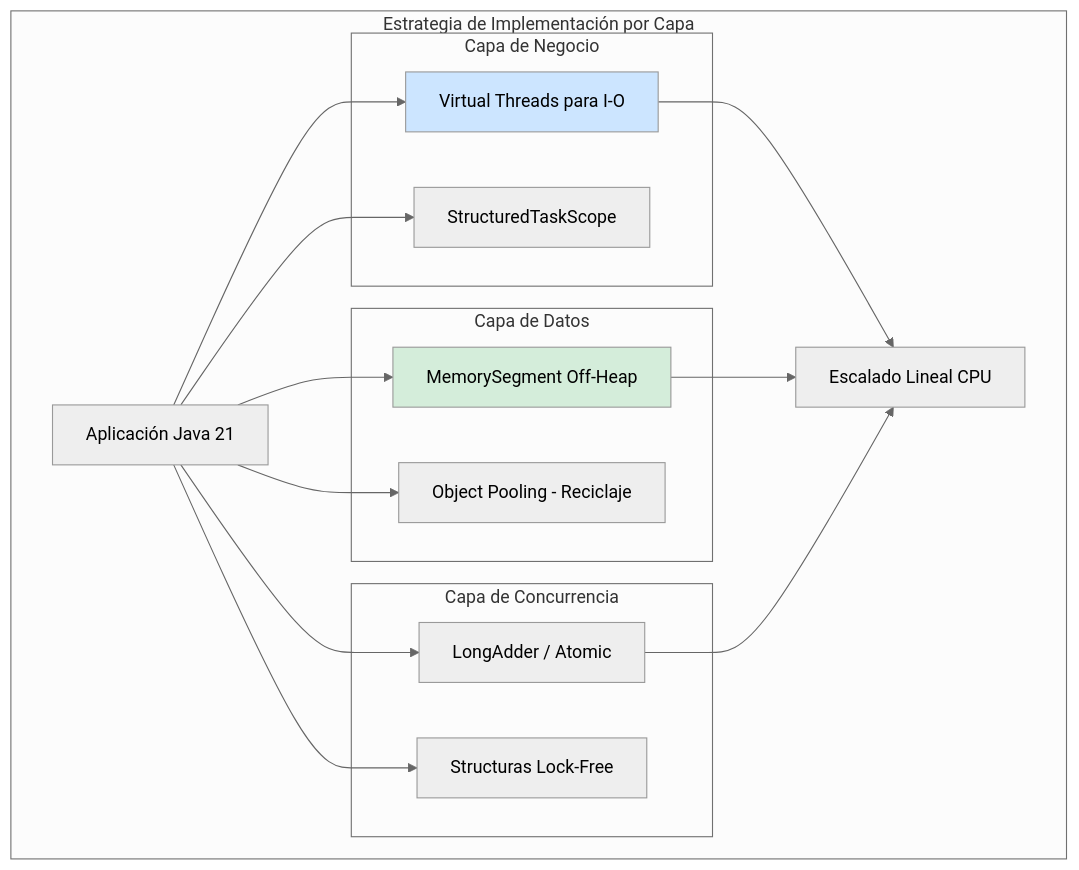
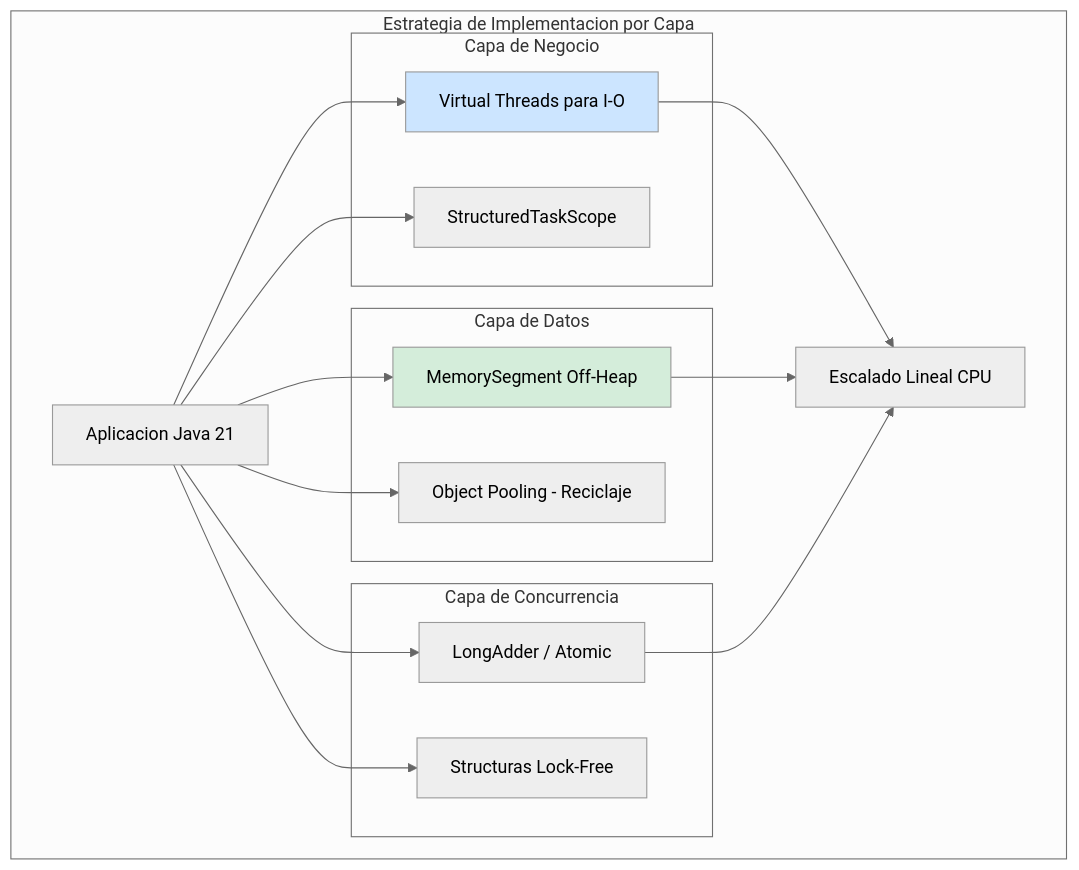
Before and after one commit to Joaquinriosheredia/DAM-Java-Mastery: the third of 5 diagrams in 01_Java_Core/optimizacion_de_latencia_en_aplicaciones_java_de_baja_latencia_STAFF.md, drawn with Mermaid (neutral theme). The commit also changed other lines of this file, not shown here.

Commit message:
optimizacion_de_latencia_en_aplicaciones_java_de_baja_latencia_STAFF.md

````diff
--- a/01_Java_Core/optimizacion_de_latencia_en_aplicaciones_java_de_baja_latencia_STAFF.md
+++ b/01_Java_Core/optimizacion_de_latencia_en_aplicaciones_java_de_baja_latencia_STAFF.md
@@ -255,35 +310,35 @@
 ```mermaid
 graph TD
-    subgraph "Estrategia de Implementación por Capa"
-        APP[Aplicación Java 21]
+    subgraph "Estrategia de Implementacion por Capa"
+        APP[Aplicacion Java 21]
         
         subgraph "Capa de Negocio"
             VT[Virtual Threads para I-O]
             SCOPE[StructuredTaskScope]
         end
         
         subgraph "Capa de Datos"
             SEGMENT[MemorySegment Off-Heap]
             POOL[Object Pooling - Reciclaje]
         end
         
         subgraph "Capa de Concurrencia"
             ADDER[LongAdder / Atomic]
             LOCK_FREE[Structuras Lock-Free]
         end
         
         APP --> VT
         APP --> SCOPE
         APP --> SEGMENT
         APP --> POOL
         APP --> ADDER
         APP --> LOCK_FREE
         
         VT --> PERF[Alta Concurrencia Sin Bloqueo]
         SEGMENT --> PERF[Zero GC Pressure]
         ADDER --> PERF[Escalado Lineal CPU]
     end
     
     style SEGMENT fill:#d4edda
     style VT fill:#cce5ff
 ```
````
